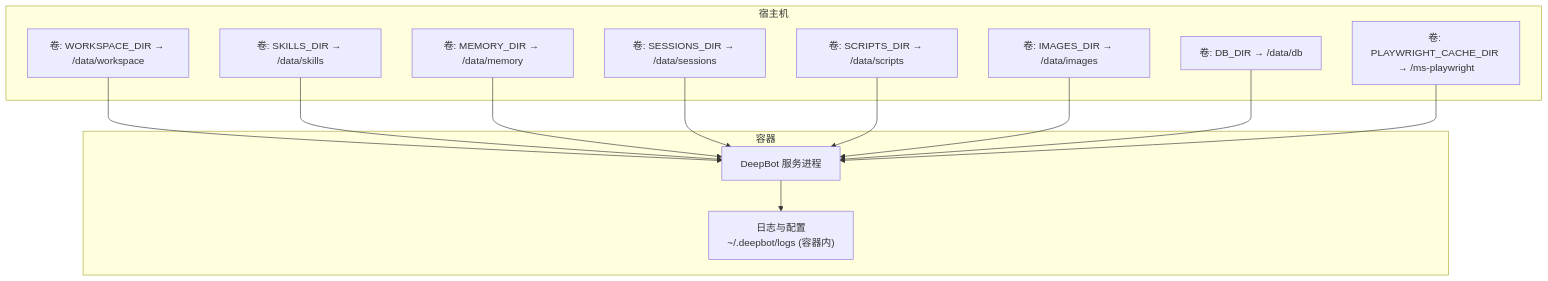
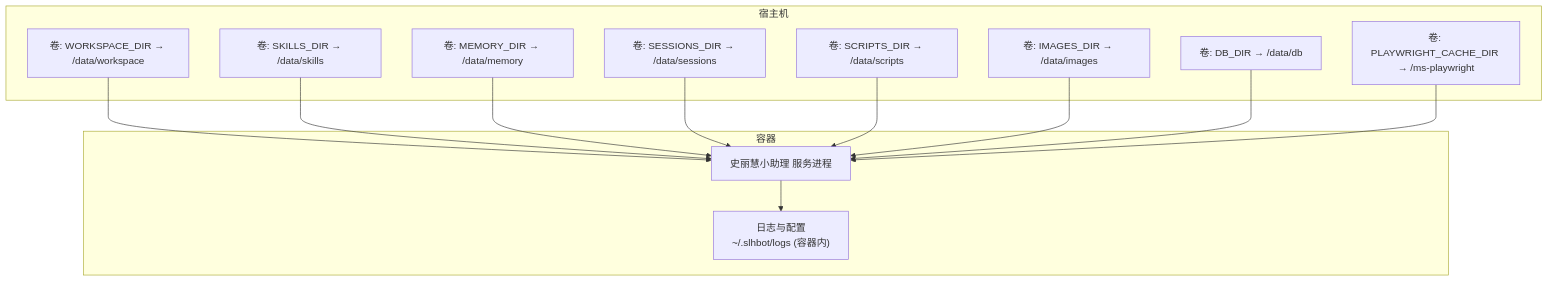
Before and after one commit to HEROhuqinchao/deepbot: the second of 8 diagrams in .qoder/repowiki/zh/content/开发和部署/Docker 部署.md, drawn with Mermaid. The commit also changed other lines of this file and 250 other files, not shown here.

````diff
--- a/.qoder/repowiki/zh/content/开发和部署/Docker 部署.md
+++ b/.qoder/repowiki/zh/content/开发和部署/Docker 部署.md
@@ -87,26 +87,26 @@
 ```mermaid
 graph TB
 subgraph "宿主机"
 V1["卷: WORKSPACE_DIR → /data/workspace"]
 V2["卷: SKILLS_DIR → /data/skills"]
 V3["卷: MEMORY_DIR → /data/memory"]
 V4["卷: SESSIONS_DIR → /data/sessions"]
 V5["卷: SCRIPTS_DIR → /data/scripts"]
 V6["卷: IMAGES_DIR → /data/images"]
 V7["卷: DB_DIR → /data/db"]
 V8["卷: PLAYWRIGHT_CACHE_DIR → /ms-playwright"]
 end
 subgraph "容器"
-S["DeepBot 服务进程"]
-L["日志与配置<br/>~/.deepbot/logs (容器内)"]
+S["史丽慧小助理 服务进程"]
+L["日志与配置<br/>~/.slhbot/logs (容器内)"]
 end
 V1 --> S
 V2 --> S
 V3 --> S
 V4 --> S
 V5 --> S
 V6 --> S
 V7 --> S
 V8 --> S
 S --> L
 ```
````
